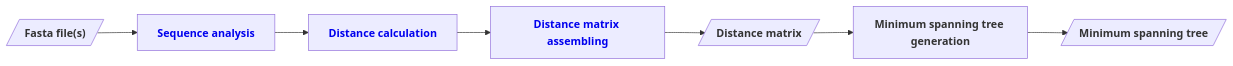
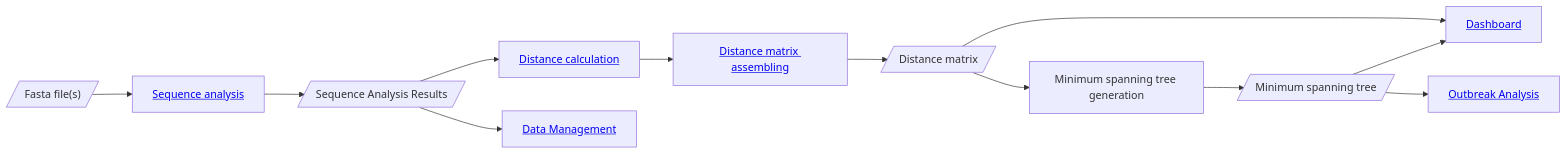
The second of 4 diagrams in documentation/docs/developers/data_management.md (DiltheyLab/GENTRAIN), drawn with Mermaid before and after one commit. The commit also changed other lines of this file and 1 other file, not shown here.

Commit message:
feat: add panzoom for mermaid diagrams

````diff
--- a/documentation/docs/developers/data_management.md
+++ b/documentation/docs/developers/data_management.md
@@ -118,7 +118,10 @@
 ```mermaid
 graph LR
-A@{ shape: lean-r, label: "<b>Fasta file(s)</b>"}-->B[<b><a href='/docs/developers/genomic_operations#sequence-analysis' style="text-decoration: none;">Sequence analysis</a></b>]
-B -->C[<b><a href='/docs/developers/genomic_operations#distance-calculation' style="text-decoration: none;">Distance calculation</a></b>]
-C -->D[<b><a href='/docs/developers/genomic_operations#distance-matrix-assembling' style="text-decoration: none;">Distance matrix assembling</a></b>]-->E@{ shape: lean-r, label: "<b>Distance matrix</b>"}
-E --> F[<b>Minimum spanning tree generation</b>]-->G@{ shape: lean-r, label: "<b>Minimum spanning tree</b>"}
+A@{ shape: lean-r, label: "Fasta file(s)"}-->B[<a href="../genomic_operations#sequence-analysis" target="_blank">Sequence analysis</a>]-->X@{ shape: lean-r, label: "Sequence Analysis Results"}
+X -->C[<a href="../genomic_operations#distance-calculation" target="_blank">Distance calculation</a>]
+C -->D[<a href="../genomic_operations#distance-matrix-assembling" target="_blank">Distance matrix assembling</a>]-->E@{ shape: lean-r, label: "Distance matrix"}
+E --> F[Minimum spanning tree generation]-->G@{ shape: lean-r, label: "Minimum spanning tree"}-->H[<a href="https://gentrain.bi.denbi.de" target="_blank">Dashboard</a>]
+G --> I[<a href="https://gentrain.bi.denbi.de/outbreak-analysis" target="_blank">Outbreak Analysis</a>]
+E --> H
+X --> Y[<a href="https://gentrain.bi.denbi.de/data-management" target="_blank">Data Management</a>]
 ```
````
